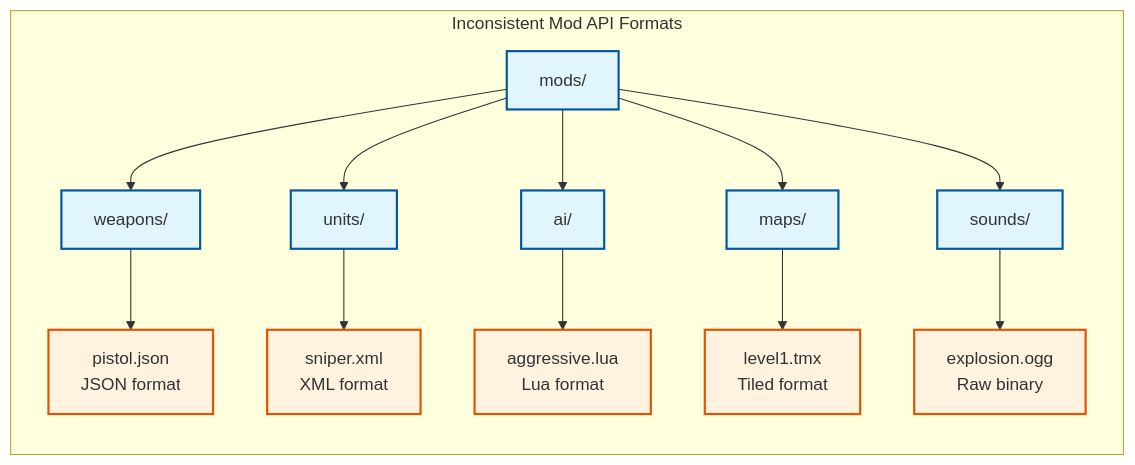
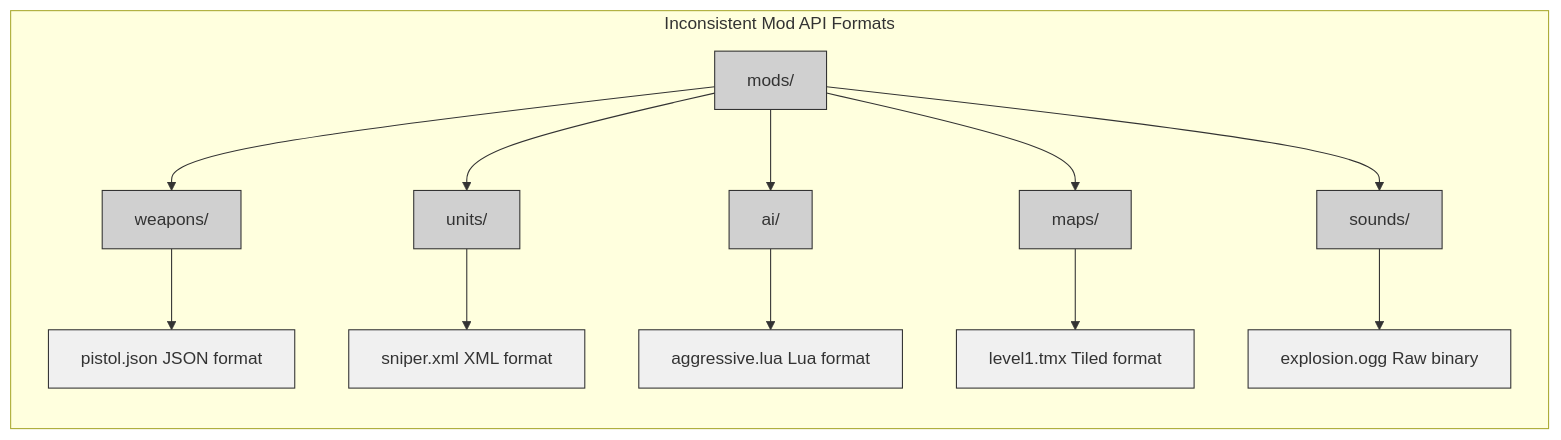
The first of 2 diagrams in common_pitfalls.md (jukofyork/close-combat-architecture-study), drawn with Mermaid before and after one commit. The commit also changed other lines of this file and 15 other files, not shown here.

````diff
--- a/common_pitfalls.md
+++ b/common_pitfalls.md
@@ -1697,23 +1697,23 @@
 ```mermaid
 flowchart TD
     subgraph Inconsistent["Inconsistent Mod API Formats"]
         direction TB
         root["mods/"] --> weapons["weapons/"]
         root --> units["units/"]
         root --> ai["ai/"]
         root --> maps["maps/"]
         root --> sounds["sounds/"]
 
-        weapons --> pistol["pistol.json<br>JSON format"]
-        units --> sniper["sniper.xml<br>XML format"]
-        ai --> aggressive["aggressive.lua<br>Lua format"]
-        maps --> level1["level1.tmx<br>Tiled format"]
-        sounds --> explosion["explosion.ogg<br>Raw binary"]
+        weapons --> pistol["pistol.json JSON format"]
+        units --> sniper["sniper.xml XML format"]
+        ai --> aggressive["aggressive.lua Lua format"]
+        maps --> level1["level1.tmx Tiled format"]
+        sounds --> explosion["explosion.ogg Raw binary"]
     end
 
-    classDef default fill:#f9f9f9,stroke:#333,stroke-width:2px
-    classDef folder fill:#e1f5fe,stroke:#01579b,stroke-width:2px
-    classDef file fill:#fff3e0,stroke:#e65100,stroke-width:2px
+    classDef default fill:#fff,stroke:#000,stroke-width:1px
+    classDef folder fill:#d0d0d0,stroke:#333,stroke-width:1px
+    classDef file fill:#f0f0f0,stroke:#333,stroke-width:1px
     class root,weapons,units,ai,maps,sounds folder
     class pistol,sniper,aggressive,level1,explosion file
 ```
````
